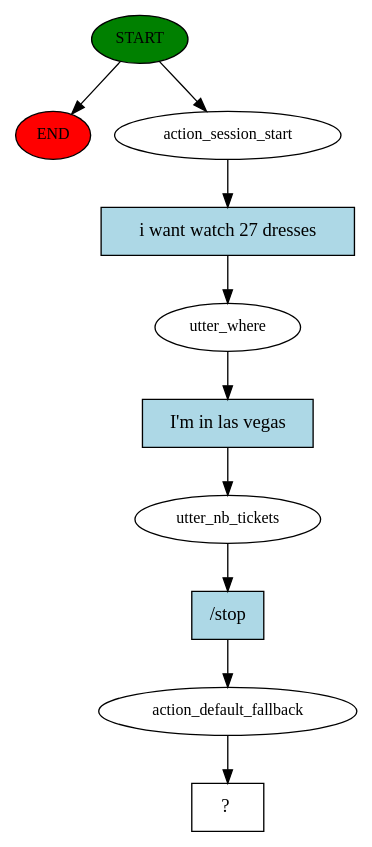
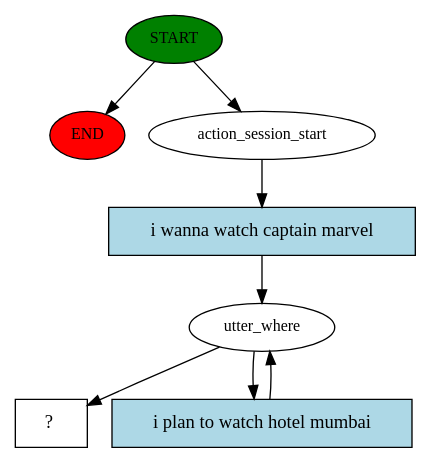
Before and after one commit to menezesmalu/chatbot: the diagram in story_graph.dot, drawn with Graphviz. The commit also changed 18 other files, not shown here.

```diff
--- a/story_graph.dot
+++ b/story_graph.dot
@@ -1,21 +1,16 @@
 digraph  {
 0 [class="start active", fillcolor=green, fontsize=12, label=START, style=filled];
 "-1" [class=end, fillcolor=red, fontsize=12, label=END, style=filled];
 1 [class=active, fontsize=12, label=action_session_start];
 2 [class=active, fontsize=12, label=utter_where];
-3 [class=active, fontsize=12, label=utter_nb_tickets];
-4 [class=active, fontsize=12, label=action_default_fallback];
 5 [class="intent dashed active", label="  ?  ", shape=rect];
-6 [class="intent active", fillcolor=lightblue, label="i want watch 27 dresses", shape=rect, style=filled];
-7 [class="intent active", fillcolor=lightblue, label="I'm in las vegas", shape=rect, style=filled];
-8 [class="intent active", fillcolor=lightblue, label="/stop", shape=rect, style=filled];
+6 [class="intent active", fillcolor=lightblue, label="i wanna watch captain marvel", shape=rect, style=filled];
+7 [class="intent active", fillcolor=lightblue, label="i plan to watch hotel mumbai", shape=rect, style=filled];
 0 -> "-1"  [class="", key=NONE, label=""];
 0 -> 1  [class=active, key=NONE, label=""];
 1 -> 6  [class=active, key=0];
+2 -> 5  [class=active, key=NONE, label=""];
 2 -> 7  [class=active, key=0];
-3 -> 8  [class=active, key=0];
-4 -> 5  [class=active, key=NONE, label=""];
 6 -> 2  [class=active, key=0];
-7 -> 3  [class=active, key=0];
-8 -> 4  [class=active, key=0];
+7 -> 2  [class=active, key=0];
 }
```
